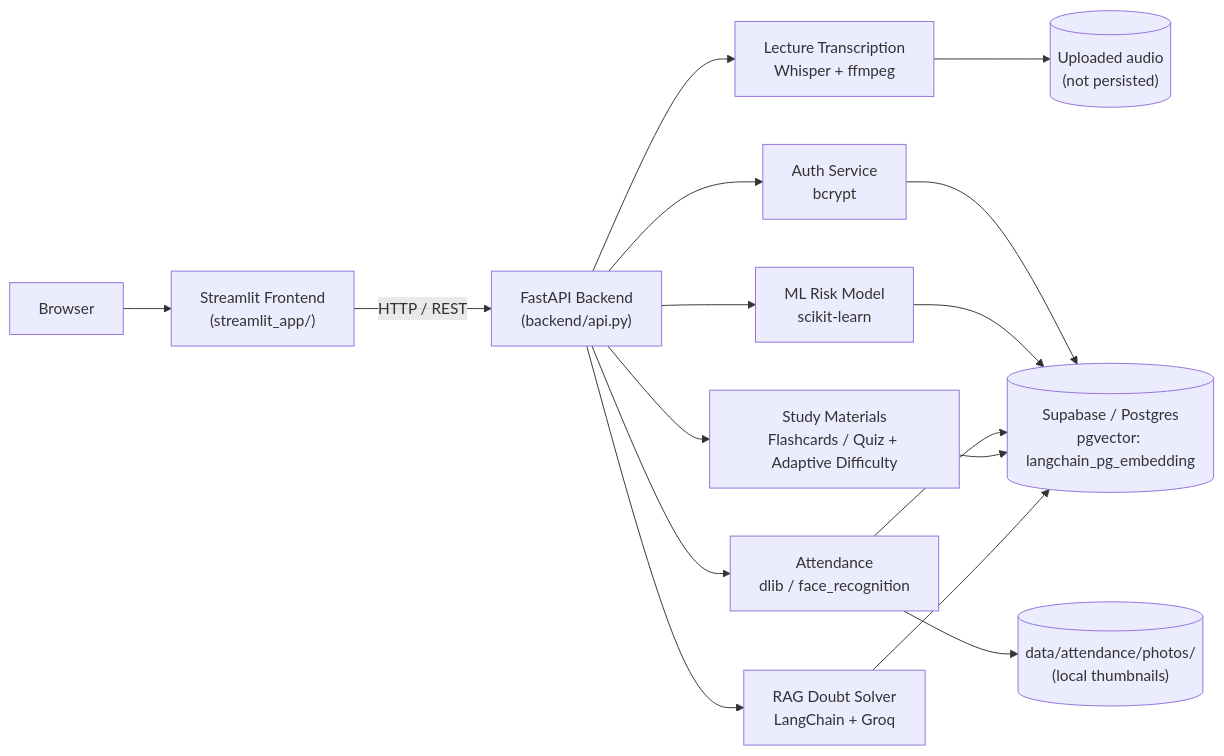
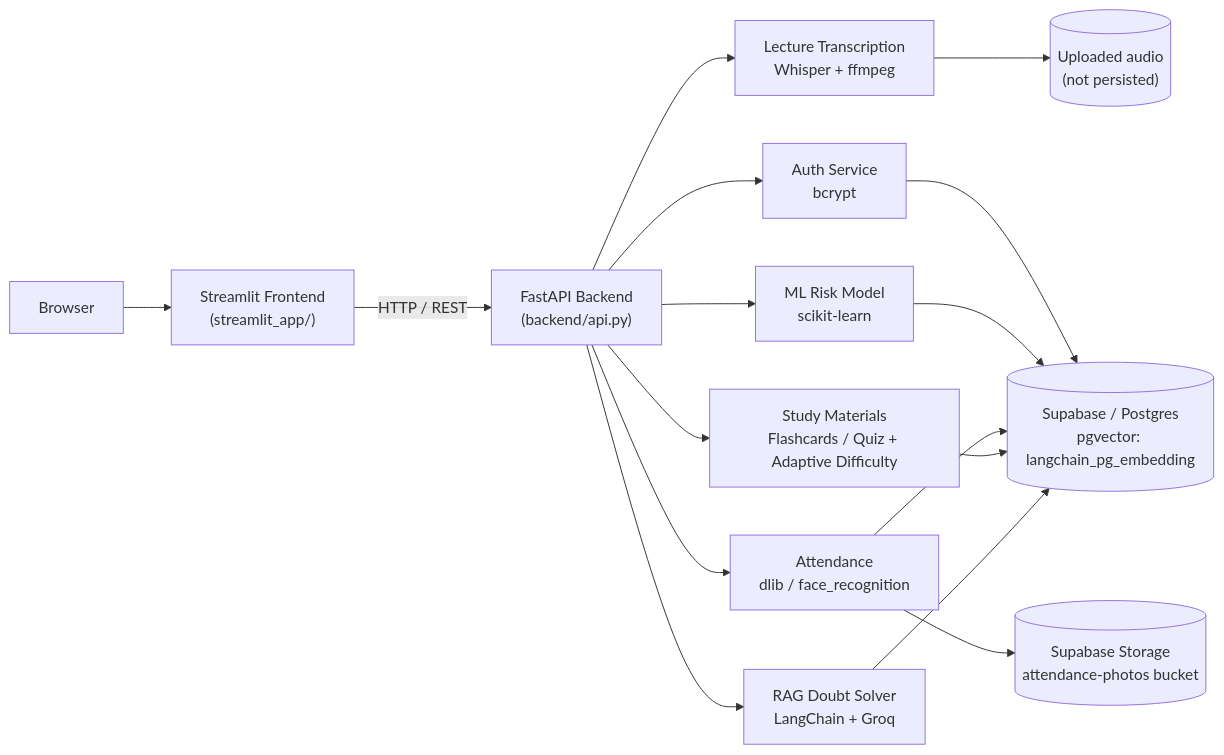
Before and after one commit to MohammadTouseef29/study-genie: the diagram in README.md, drawn with Mermaid. The commit also changed other lines of this file and 10 other files, not shown here.

Commit message:
Add Hugging face deployment support and supabase storage integration

````diff
--- a/README.md
+++ b/README.md
@@ -46,20 +46,20 @@
 ```mermaid
 graph LR
     Browser["Browser"] --> ST["Streamlit Frontend<br/>(streamlit_app/)"]
     ST -->|HTTP / REST| API["FastAPI Backend<br/>(backend/api.py)"]
 
     API --> RAG["RAG Doubt Solver<br/>LangChain + Groq"]
     API --> Whisper["Lecture Transcription<br/>Whisper + ffmpeg"]
     API --> Quiz["Study Materials<br/>Flashcards / Quiz + Adaptive Difficulty"]
     API --> Face["Attendance<br/>dlib / face_recognition"]
     API --> Risk["ML Risk Model<br/>scikit-learn"]
     API --> Auth["Auth Service<br/>bcrypt"]
 
     RAG --> PG[("Supabase / Postgres<br/>pgvector: langchain_pg_embedding")]
     Whisper --> Audio[("Uploaded audio<br/>(not persisted)")]
     Quiz --> PG
     Face --> PG
-    Face --> Photos[("data/attendance/photos/<br/>(local thumbnails)")]
+    Face --> Photos[("Supabase Storage<br/>attendance-photos bucket")]
     Risk --> PG
     Auth --> PG
 ```
````
